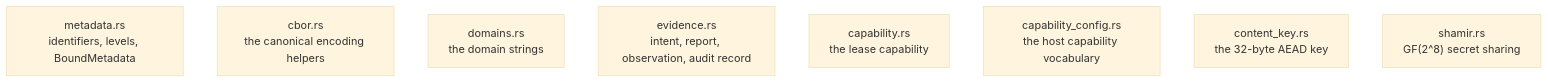
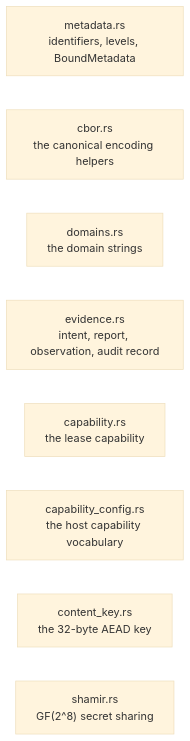
One commit to bruj0/keyspout changed the first of 5 diagrams in site/docs/components/ksp-types.md. Above: the diagram before and after it, drawn with Mermaid (base theme). The commit also changed other lines of this file and 22 other files, not shown here.

First line of the commit message:
feat(site): zoom every diagram, and make the wide ones vertical (#21)

````diff
--- a/site/docs/components/ksp-types.md
+++ b/site/docs/components/ksp-types.md
@@ -30,11 +30,19 @@
 ```mermaid
 graph TB
   META["metadata.rs<br/>identifiers, levels, BoundMetadata"]
   CBOR["cbor.rs<br/>the canonical encoding helpers"]
   DOM["domains.rs<br/>the domain strings"]
   EVID["evidence.rs<br/>intent, report, observation, audit record"]
   CAP["capability.rs<br/>the lease capability"]
   CAPCFG["capability_config.rs<br/>the host capability vocabulary"]
   KEY["content_key.rs<br/>the 32-byte AEAD key"]
   SHAMIR["shamir.rs<br/>GF(2^8) secret sharing"]
+
+  META ~~~ CBOR
+  CBOR ~~~ DOM
+  DOM ~~~ EVID
+  EVID ~~~ CAP
+  CAP ~~~ CAPCFG
+  CAPCFG ~~~ KEY
+  KEY ~~~ SHAMIR
 ```
````
